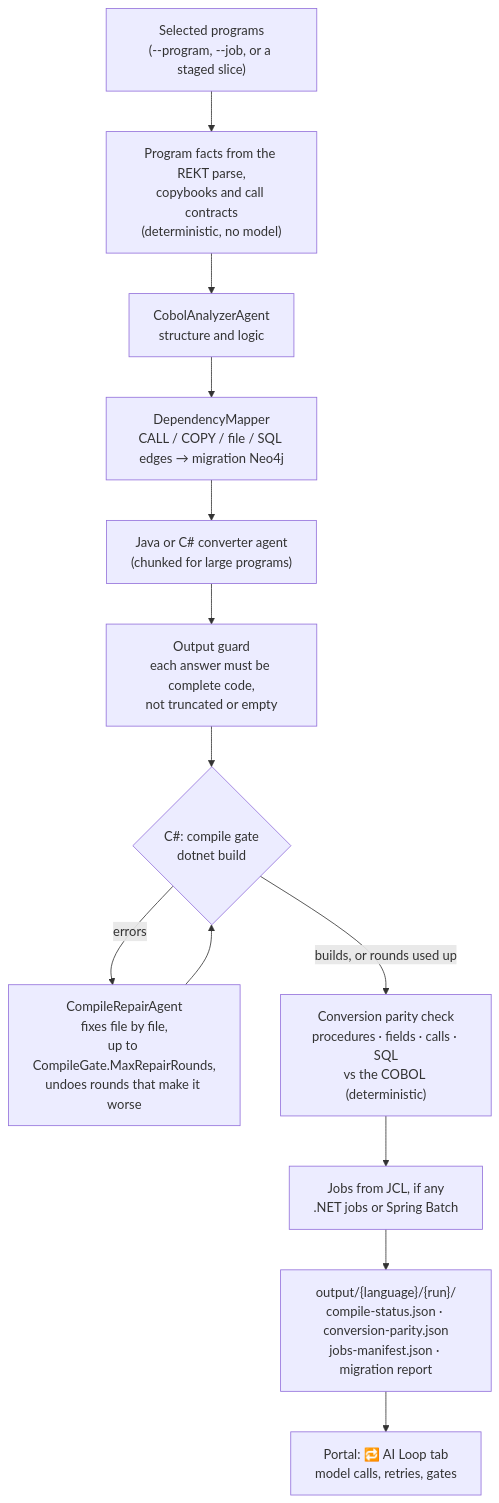
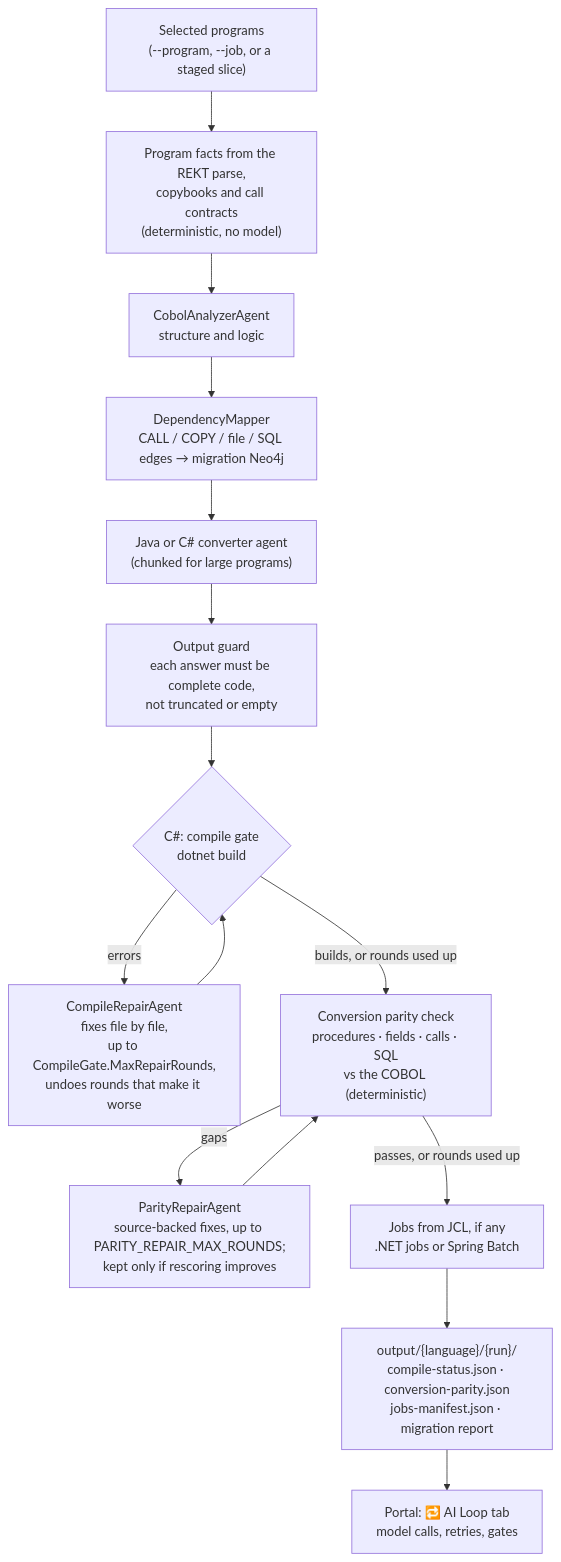
Before and after one commit to Azure-Samples/Legacy-Modernization-Agents: the fourth of 10 diagrams in README.md, drawn with Mermaid. The commit also changed other lines of this file and 5 other files, not shown here.

````diff
--- a/README.md
+++ b/README.md
@@ -192,15 +216,17 @@
 ```mermaid
 flowchart TB
     S["Selected programs<br/>(--program, --job, or a staged slice)"] --> FACTS["Program facts from the REKT parse,<br/>copybooks and call contracts<br/>(deterministic, no model)"]
     FACTS --> ANALYZE["CobolAnalyzerAgent<br/>structure and logic"]
     ANALYZE --> DEPS["DependencyMapper<br/>CALL / COPY / file / SQL edges → migration Neo4j"]
     DEPS --> CONV["Java or C# converter agent<br/>(chunked for large programs)"]
     CONV --> GUARD["Output guard<br/>each answer must be complete code,<br/>not truncated or empty"]
     GUARD --> GATE{"C#: compile gate<br/>dotnet build"}
     GATE -->|errors| REPAIR["CompileRepairAgent<br/>fixes file by file,<br/>up to CompileGate.MaxRepairRounds,<br/>undoes rounds that make it worse"]
     REPAIR --> GATE
     GATE -->|builds, or rounds used up| PARITY["Conversion parity check<br/>procedures · fields · calls · SQL<br/>vs the COBOL (deterministic)"]
-    PARITY --> JOBS["Jobs from JCL, if any<br/>.NET jobs or Spring Batch"]
+    PARITY -->|gaps| PREPAIR["ParityRepairAgent<br/>source-backed fixes, up to PARITY_REPAIR_MAX_ROUNDS;<br/>kept only if rescoring improves"]
+    PREPAIR --> PARITY
+    PARITY -->|passes, or rounds used up| JOBS["Jobs from JCL, if any<br/>.NET jobs or Spring Batch"]
     JOBS --> OUT["output/{language}/{run}/<br/>compile-status.json · conversion-parity.json<br/>jobs-manifest.json · migration report"]
     OUT --> LOOP["Portal: 🔁 AI Loop tab<br/>model calls, retries, gates"]
 ```
````
